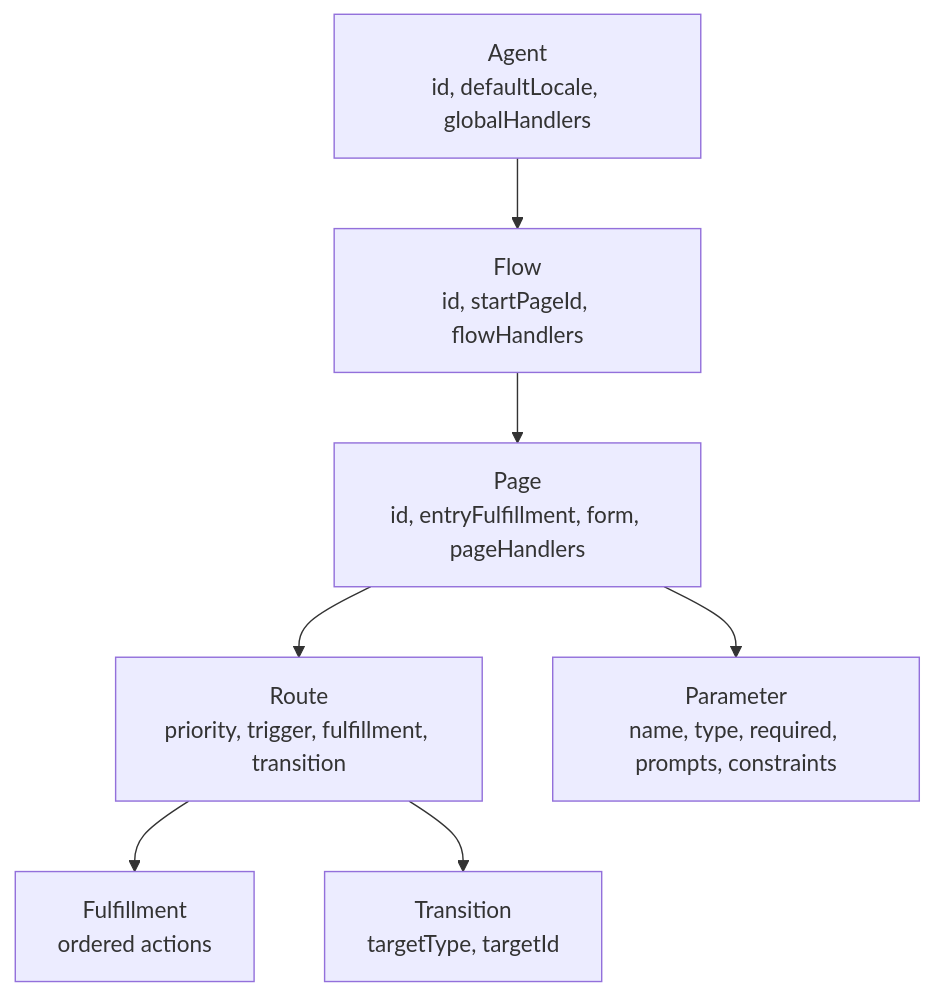
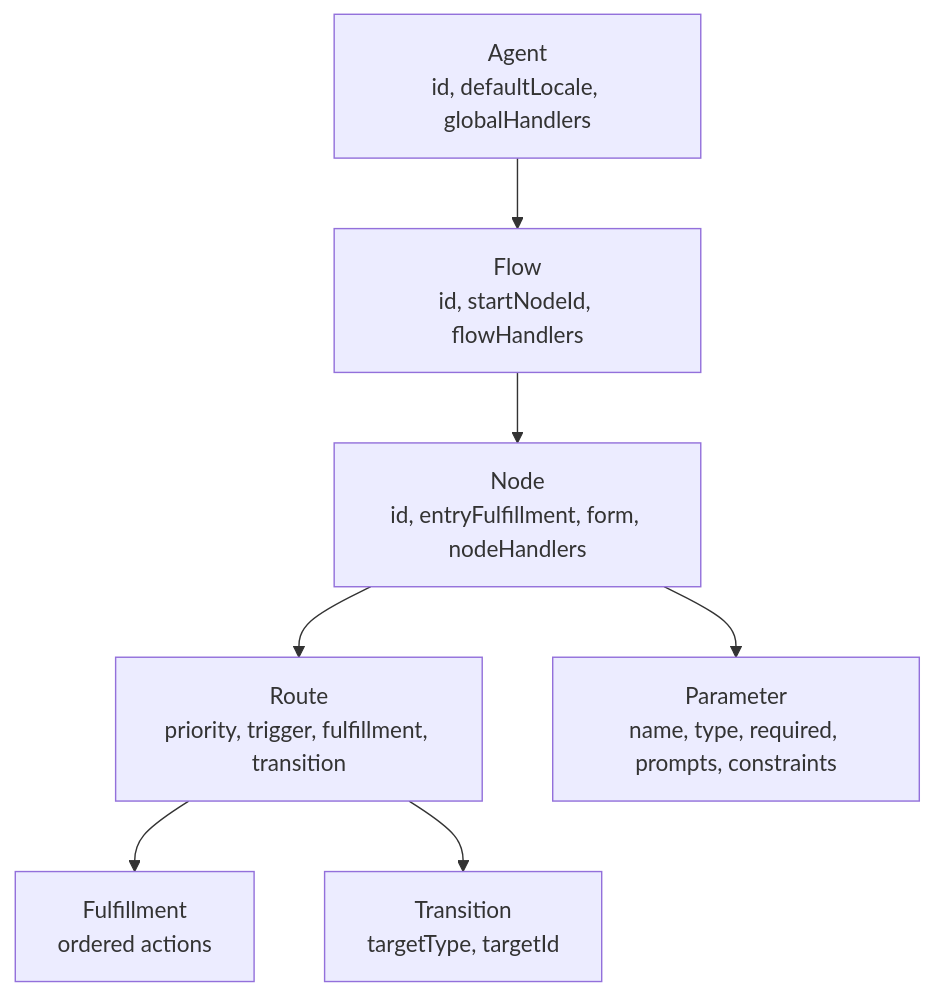
Before and after one commit to fatehmtd/VASDK: the first of 2 diagrams in docs/reference/requestflow-spec.md, drawn with Mermaid. The commit also changed other lines of this file and 1 other file, not shown here.

````diff
--- a/docs/reference/requestflow-spec.md
+++ b/docs/reference/requestflow-spec.md
@@ -76,9 +76,9 @@
 ```mermaid
 flowchart TD
-    Agent["Agent<br/>id, defaultLocale, globalHandlers"] --> Flow["Flow<br/>id, startPageId, flowHandlers"]
-    Flow --> Page["Page<br/>id, entryFulfillment, form, pageHandlers"]
-    Page --> Route["Route<br/>priority, trigger, fulfillment, transition"]
-    Page --> Param["Parameter<br/>name, type, required, prompts, constraints"]
+    Agent["Agent<br/>id, defaultLocale, globalHandlers"] --> Flow["Flow<br/>id, startNodeId, flowHandlers"]
+    Flow --> Node["Node<br/>id, entryFulfillment, form, nodeHandlers"]
+    Node --> Route["Route<br/>priority, trigger, fulfillment, transition"]
+    Node --> Param["Parameter<br/>name, type, required, prompts, constraints"]
     Route --> Fulfillment["Fulfillment<br/>ordered actions"]
     Route --> Transition["Transition<br/>targetType, targetId"]
 ```
````
